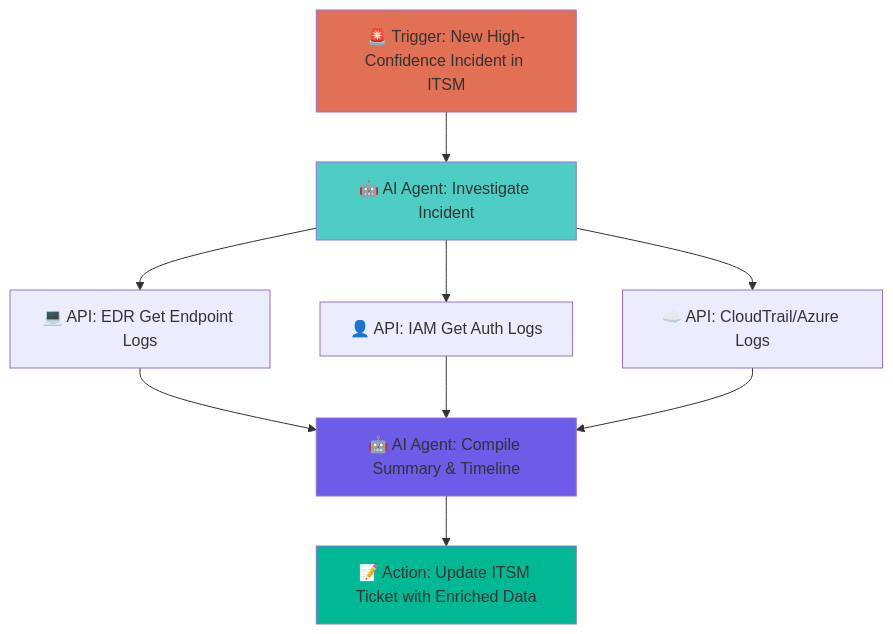
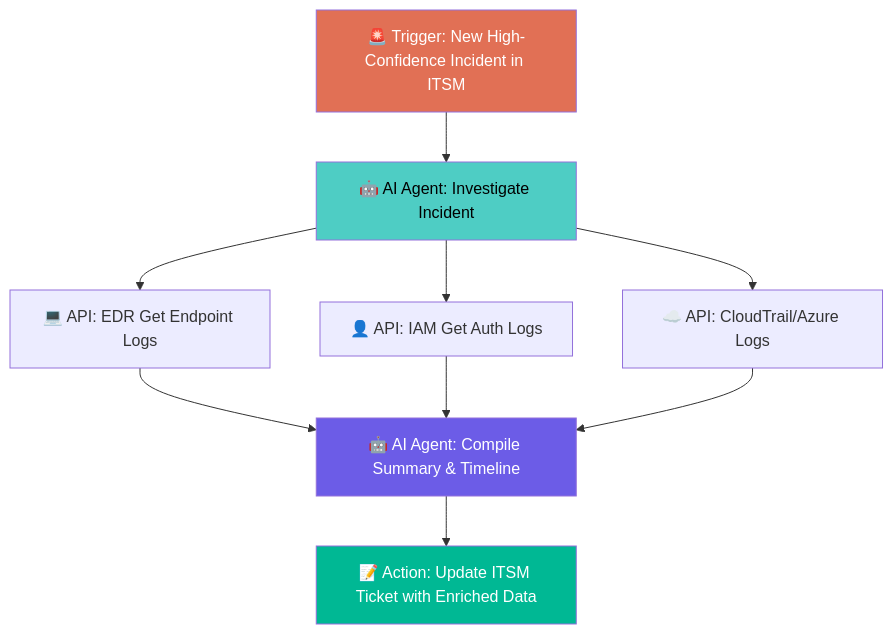
Before and after one commit to Ke0xes/AI4SecOps: the fourth of 10 diagrams in usecases.md, drawn with Mermaid. The commit also changed other lines of this file, not shown here.

````diff
--- a/usecases.md
+++ b/usecases.md
@@ -156,16 +156,16 @@
 ```mermaid
 graph TD
     A[🚨 Trigger: New High-Confidence Incident in ITSM] --> B[🤖 AI Agent: Investigate Incident]
     B --> C[💻 API: EDR Get Endpoint Logs]
     B --> D[👤 API: IAM Get Auth Logs]
     B --> E[☁️ API: CloudTrail/Azure Logs]
     C --> F[🤖 AI Agent: Compile Summary & Timeline]
     D --> F
     E --> F
     F --> G[📝 Action: Update ITSM Ticket with Enriched Data]
     
-    style A fill:#e17055
-    style B fill:#4ecdc4
-    style F fill:#6c5ce7
-    style G fill:#00b894
+    style A fill:#e17055,color:#fff
+    style B fill:#4ecdc4,color:#000
+    style F fill:#6c5ce7,color:#fff
+    style G fill:#00b894,color:#fff
 ```
````
